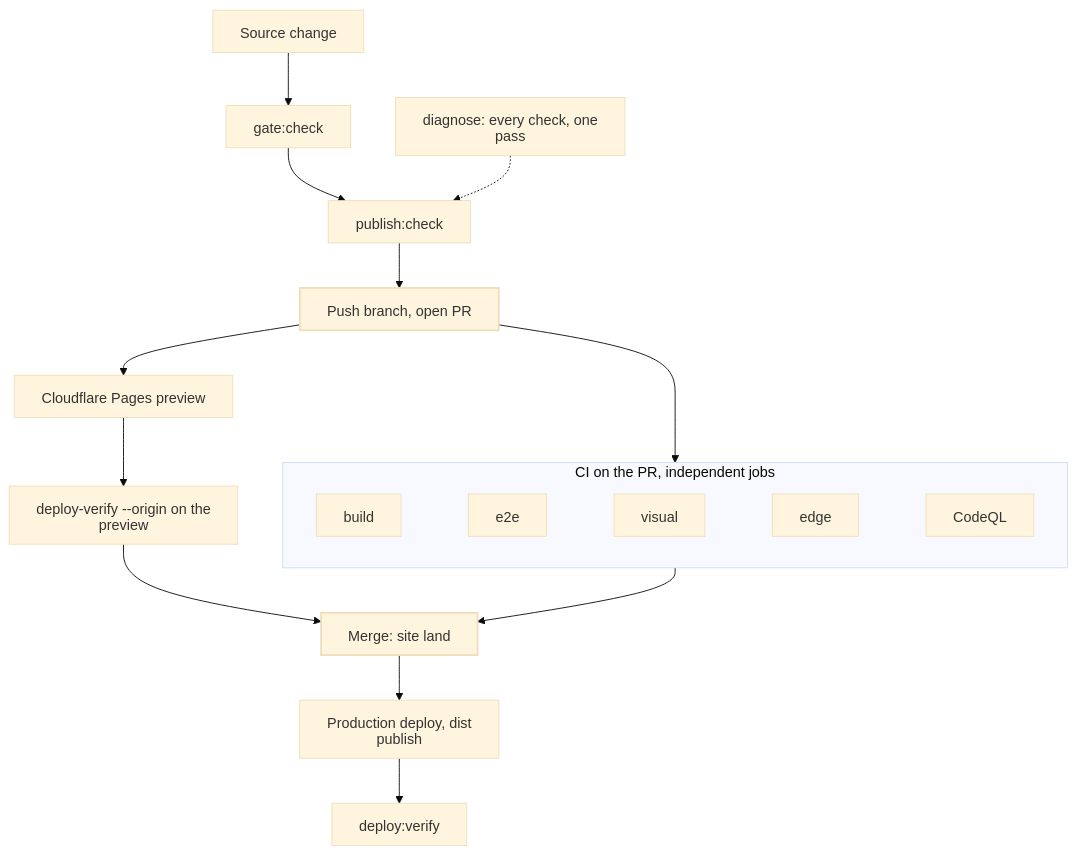
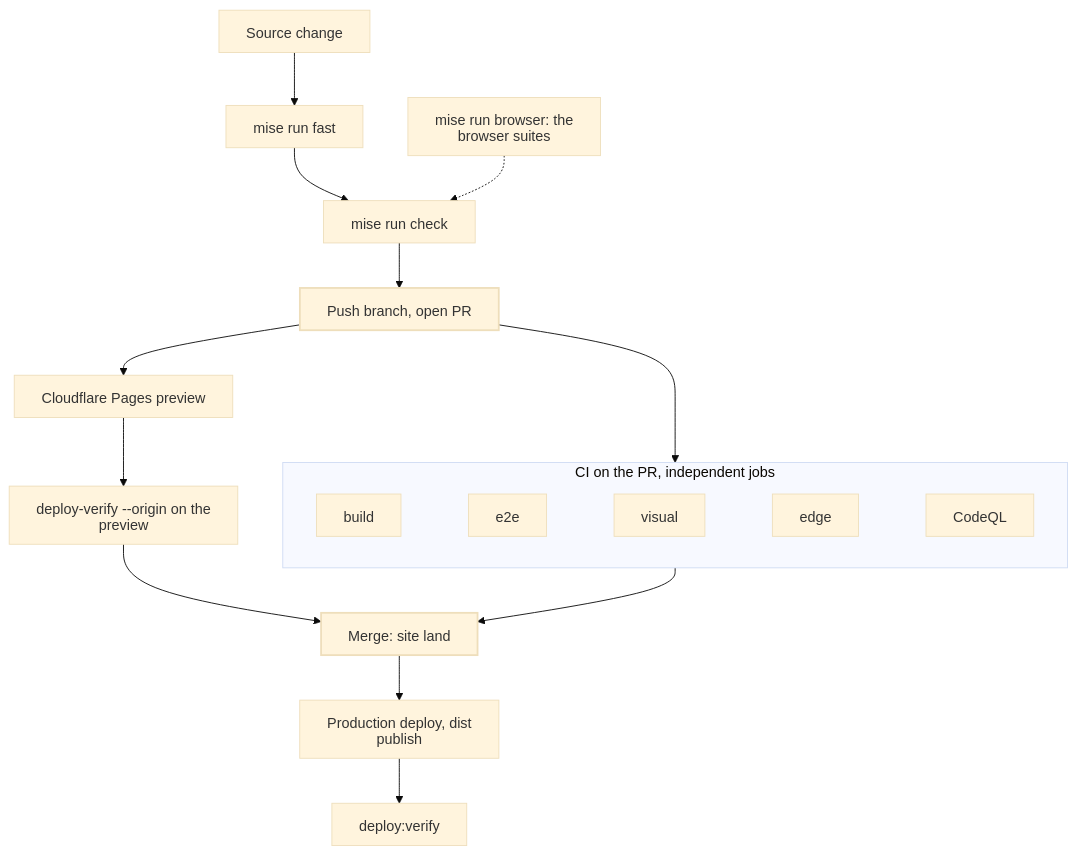
The diagram in docs/diagrams/validation-flow.mmd (joeseverino/jseverino.com), drawn with Mermaid (base theme) before and after one commit. The commit also changed 84 other files, not shown here.

First line of the commit message:
build: run every gate as a mise task

```diff
--- a/docs/diagrams/validation-flow.mmd
+++ b/docs/diagrams/validation-flow.mmd
@@ -1,17 +1,17 @@
 %%{init: { "htmlLabels": false } }%%
 flowchart TB
-    A["Source change"] --> B["gate:check"] --> C["publish:check"] --> D["Push branch, open PR"]
-    G["diagnose: every check, one pass"] -.-> C
+    A["Source change"] --> B["mise run fast"] --> C["mise run check"] --> D["Push branch, open PR"]
+    G["mise run browser: the browser suites"] -.-> C
     D --> CI
     D --> P["Cloudflare Pages preview"] --> V["deploy-verify --origin on the preview"]
     CI --> M["Merge: site land"]
     V --> M
     M --> PD["Production deploy, dist publish"] --> F["deploy:verify"]
 
     subgraph CI ["CI on the PR, independent jobs"]
         direction LR
         CB["build"] ~~~ CE["e2e"] ~~~ CV["visual"] ~~~ CG["edge"] ~~~ CQ["CodeQL"]
     end
 
     classDef anchor stroke-width:2px;
     class D,M anchor;
```
